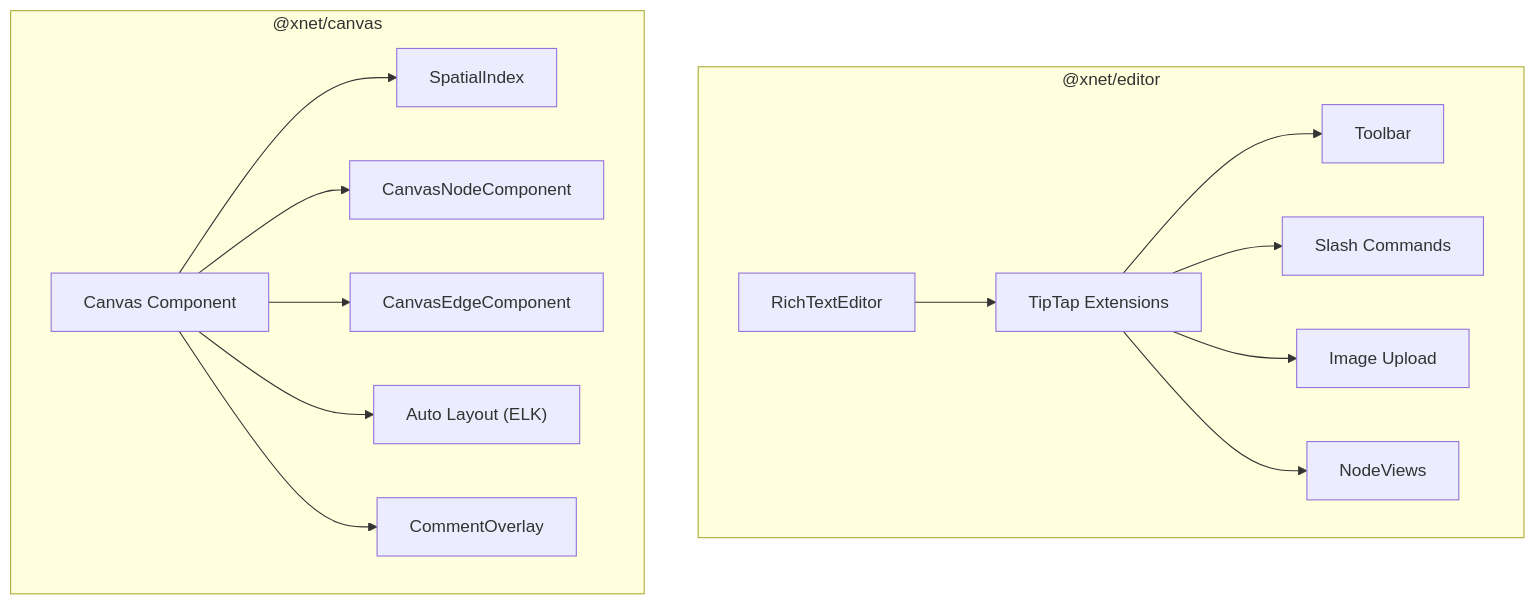
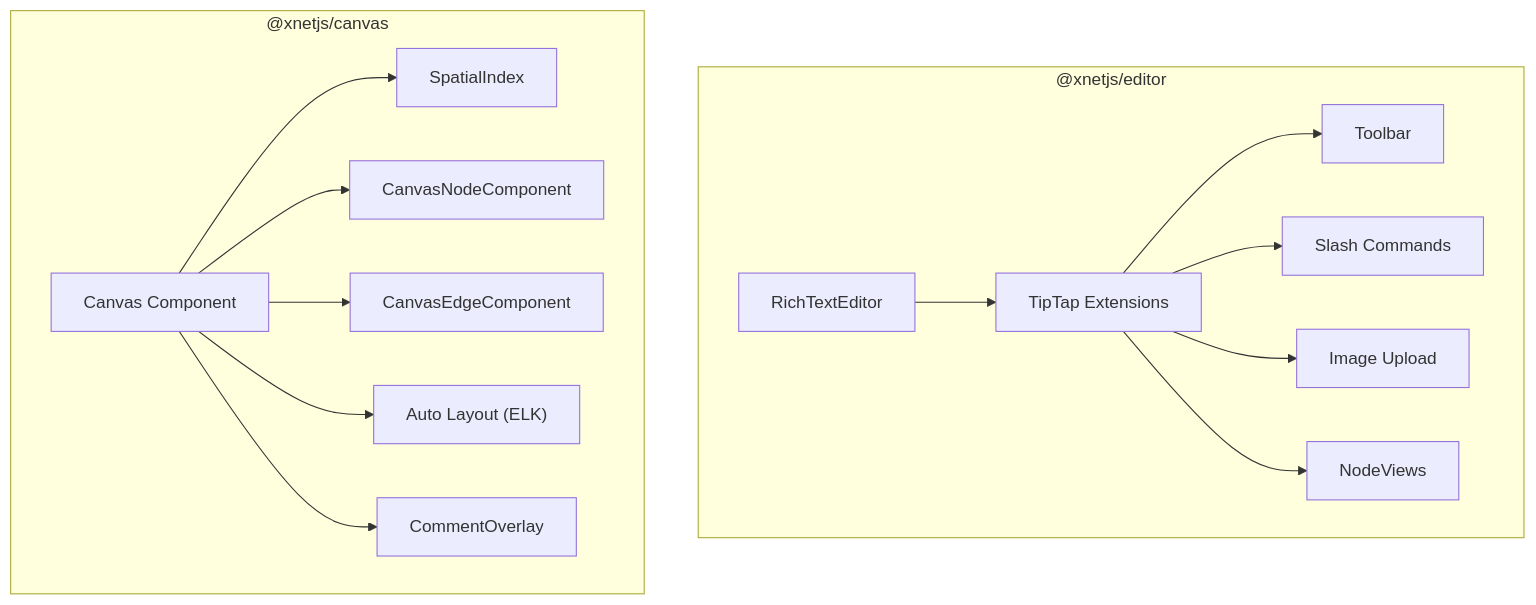
One commit to crs48/xNet changed the diagram in docs/reviews/2026-02-06/08-editor-canvas.md. Above: the diagram before and after it, drawn with Mermaid. The commit also changed other lines of this file and 980 other files, not shown here.

````diff
--- a/docs/reviews/2026-02-06/08-editor-canvas.md
+++ b/docs/reviews/2026-02-06/08-editor-canvas.md
@@ -7,32 +7,32 @@
 ```mermaid
 graph TD
-    subgraph "@xnet/editor"
+    subgraph "@xnetjs/editor"
         rich["RichTextEditor"]
         ext["TipTap Extensions"]
         toolbar["Toolbar"]
         slash["Slash Commands"]
         upload["Image Upload"]
         nodeview["NodeViews"]
     end
 
-    subgraph "@xnet/canvas"
+    subgraph "@xnetjs/canvas"
         canvas["Canvas Component"]
         spatial["SpatialIndex"]
         nodes["CanvasNodeComponent"]
         edges["CanvasEdgeComponent"]
         layout["Auto Layout (ELK)"]
         comments["CommentOverlay"]
     end
 
     rich --> ext
     ext --> toolbar
     ext --> slash
     ext --> upload
     ext --> nodeview
 
     canvas --> spatial
     canvas --> nodes
     canvas --> edges
     canvas --> layout
     canvas --> comments
 ```
````
